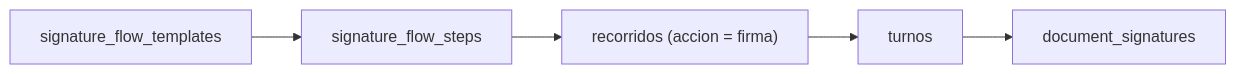
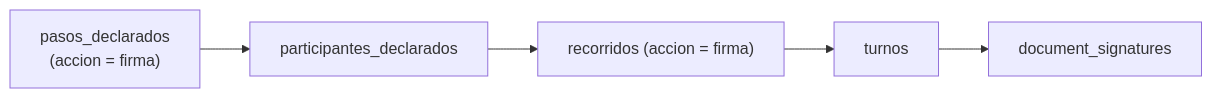
The diagram in docs/src/content/docs/datos/firmas-y-dominios.md (fresvel/deasy), drawn with Mermaid before and after one commit. The commit also changed other lines of this file and 71 other files, not shown here.

````diff
--- a/docs/src/content/docs/datos/firmas-y-dominios.md
+++ b/docs/src/content/docs/datos/firmas-y-dominios.md
@@ -7,8 +7,8 @@
 ```mermaid
 %% diagrama 10 — la cadena de firma, de la plantilla de flujo a la firma persistida
 flowchart LR
-    TPL["signature_flow_templates"] --> STEPS["signature_flow_steps"]
+    TPL["pasos_declarados<br/>(accion = firma)"] --> STEPS["participantes_declarados"]
     STEPS --> INST["recorridos (accion = firma)"]
     INST --> REQ["turnos"]
     REQ --> SIGS["document_signatures"]
 ```
````
